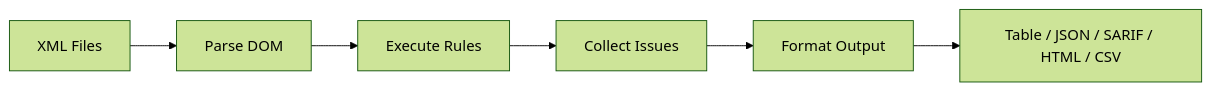
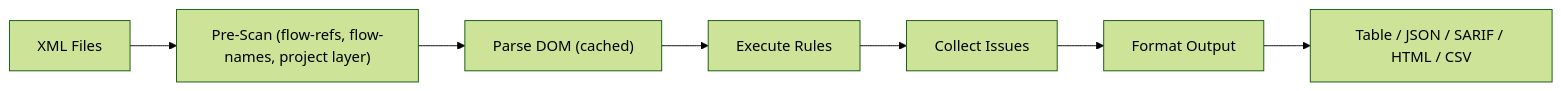
Before and after one commit to Avinava/mule-lint: the second of 2 diagrams in README.md, drawn with Mermaid (forest theme). The commit also changed other lines of this file and 4 other files, not shown here.

````diff
--- a/README.md
+++ b/README.md
@@ -82,8 +87,9 @@
 ```mermaid
 flowchart LR
-    A["XML Files"] --> B["Parse DOM"]
-    B --> C["Execute Rules"]
-    C --> D["Collect Issues"]
-    D --> E["Format Output"]
-    E --> F["Table / JSON / SARIF / HTML / CSV"]
+    A["XML Files"] --> B["Pre-Scan (flow-refs, flow-names, project layer)"]
+    B --> C["Parse DOM (cached)"]
+    C --> D["Execute Rules"]
+    D --> E["Collect Issues"]
+    E --> F["Format Output"]
+    F --> G["Table / JSON / SARIF / HTML / CSV"]
 ```
````
